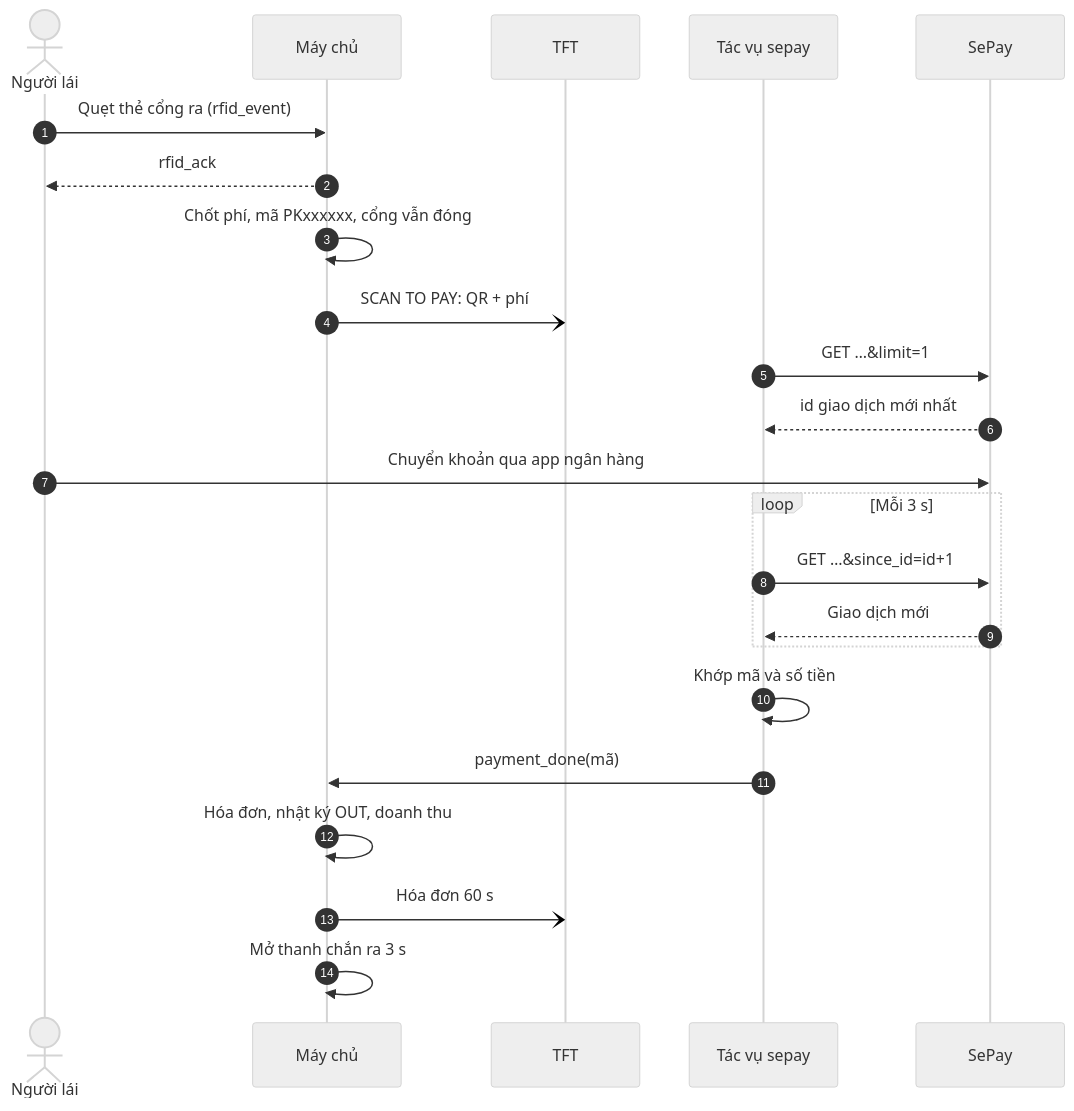
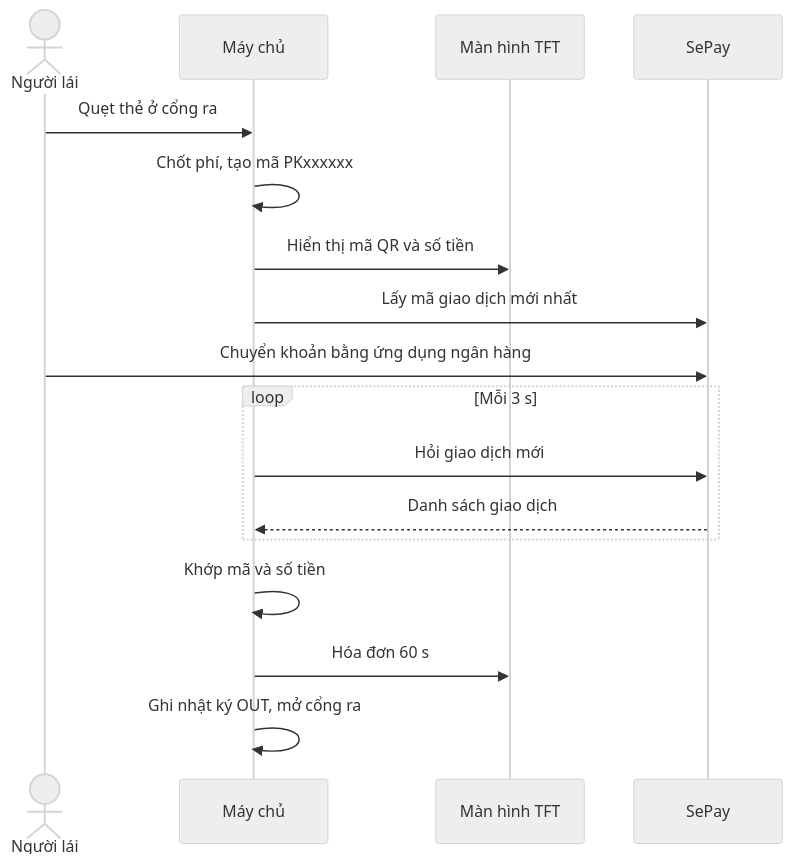
The diagram in report/diagrams/seq_pay.mmd (thinhdinh25/INT3108_embedded-Smart-Parking-Project), drawn with Mermaid (neutral theme) before and after one commit. The commit also changed 12 other files, not shown here.

```diff
--- a/report/diagrams/seq_pay.mmd
+++ b/report/diagrams/seq_pay.mmd
@@ -1,23 +1,17 @@
 sequenceDiagram
-  autonumber
   actor U as Người lái
   participant S as Máy chủ
-  participant L as TFT
-  participant P as Tác vụ sepay
+  participant L as Màn hình TFT
   participant A as SePay
-  U->>S: Quẹt thẻ cổng ra (rfid_event)
-  S-->>U: rfid_ack
-  S->>S: Chốt phí, mã PKxxxxxx, cổng vẫn đóng
-  S-)L: SCAN TO PAY: QR + phí
-  P->>A: GET …&limit=1
-  A-->>P: id giao dịch mới nhất
-  U->>A: Chuyển khoản qua app ngân hàng
+  U->>S: Quẹt thẻ ở cổng ra
+  S->>S: Chốt phí, tạo mã PKxxxxxx
+  S->>L: Hiển thị mã QR và số tiền
+  S->>A: Lấy mã giao dịch mới nhất
+  U->>A: Chuyển khoản bằng ứng dụng ngân hàng
   loop Mỗi 3 s
-    P->>A: GET …&since_id=id+1
-    A-->>P: Giao dịch mới
+    S->>A: Hỏi giao dịch mới
+    A-->>S: Danh sách giao dịch
   end
-  P->>P: Khớp mã và số tiền
-  P->>S: payment_done(mã)
-  S->>S: Hóa đơn, nhật ký OUT, doanh thu
-  S-)L: Hóa đơn 60 s
-  S->>S: Mở thanh chắn ra 3 s
+  S->>S: Khớp mã và số tiền
+  S->>L: Hóa đơn 60 s
+  S->>S: Ghi nhật ký OUT, mở cổng ra
```
